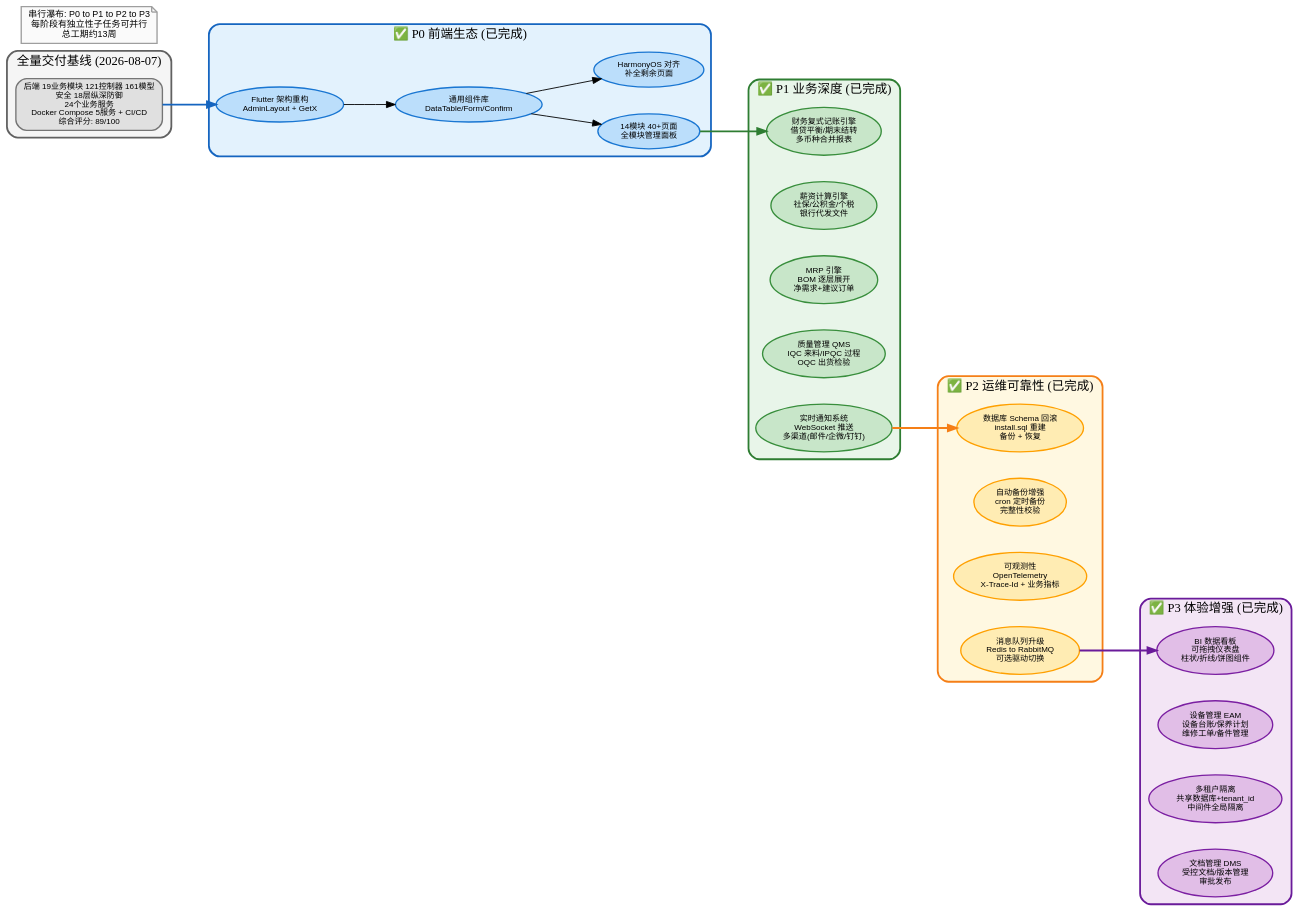
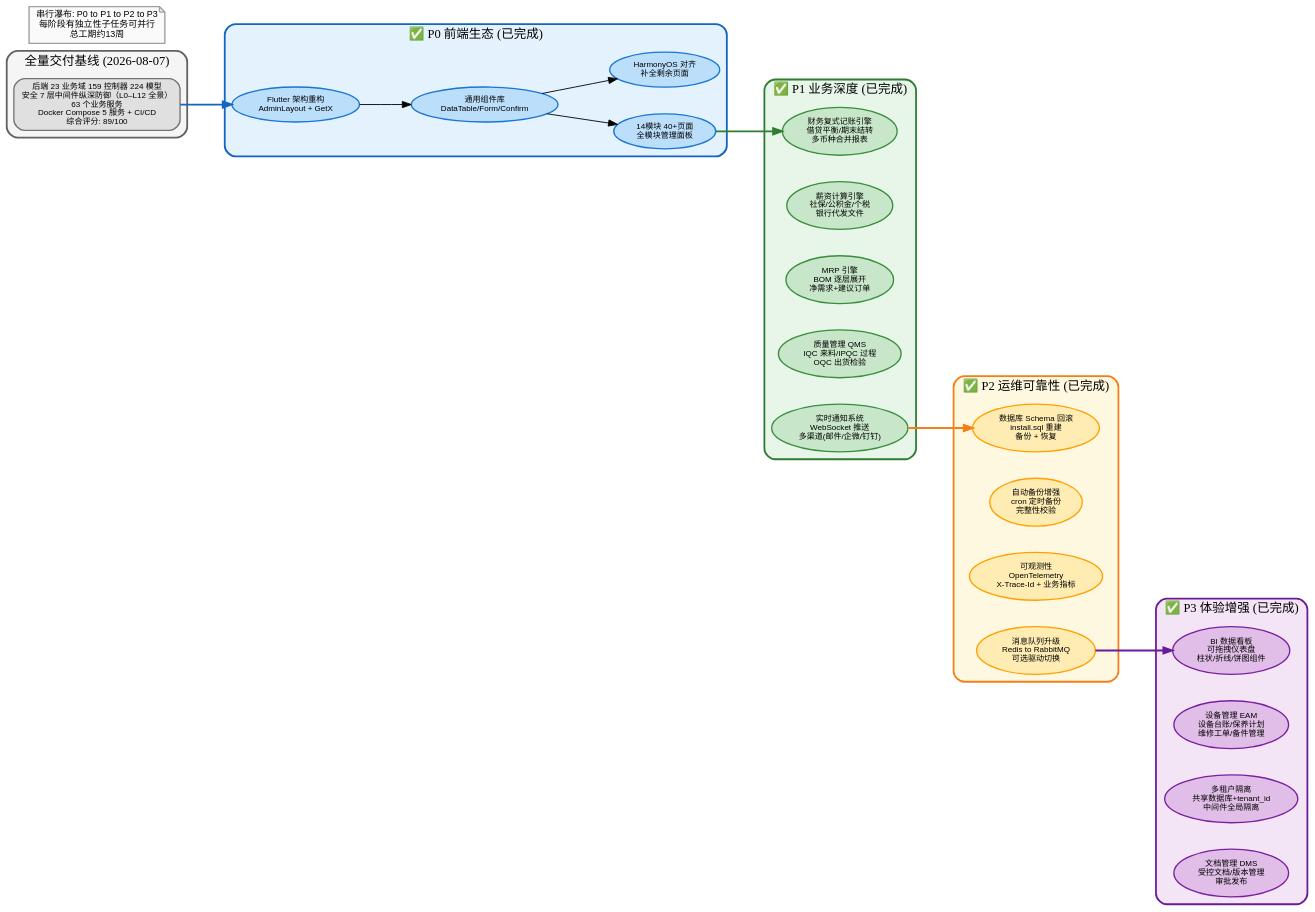
Before and after one commit to erikwang2013/erp-php: the diagram in docs/diagrams/roadmap-phases-cn.dot, drawn with Graphviz. The commit also changed 325 other files, not shown here.

```diff
--- a/docs/diagrams/roadmap-phases-cn.dot
+++ b/docs/diagrams/roadmap-phases-cn.dot
@@ -1,72 +1,72 @@
 digraph RoadmapPhasesCN {
     rankdir=LR;
     fontname="Arial";
     fontsize=14;
     bgcolor="transparent";
     nodesep=0.4;
     ranksep=0.8;
     compound=true;
 
     node [fontname="Arial", fontsize=10, style="filled,rounded", penwidth=1.5];
 
     subgraph cluster_p0 {
         label="✅ P0 前端生态 (已完成)";
         fontsize=14; fontname="Arial Bold";
         style="filled,rounded"; fillcolor="#e3f2fd"; color="#1565c0"; penwidth=2;
         node [fillcolor="#bbdefb", color="#1976d2", fontsize=9];
         p0a [label="Flutter 架构重构\nAdminLayout + GetX"];
         p0b [label="通用组件库\nDataTable/Form/Confirm"];
         p0c [label="14模块 40+页面\n全模块管理面板"];
         p0d [label="HarmonyOS 对齐\n补全剩余页面"];
         p0a -> p0b -> p0c; p0b -> p0d;
     }
 
     subgraph cluster_p1 {
         label="✅ P1 业务深度 (已完成)";
         fontsize=14; fontname="Arial Bold";
         style="filled,rounded"; fillcolor="#e8f5e9"; color="#2e7d32"; penwidth=2;
         node [fillcolor="#c8e6c9", color="#388e3c", fontsize=9];
         p1a [label="财务复式记账引擎\n借贷平衡/期末结转\n多币种合并报表"];
         p1b [label="薪资计算引擎\n社保/公积金/个税\n银行代发文件"];
         p1c [label="MRP 引擎\nBOM 逐层展开\n净需求+建议订单"];
         p1d [label="质量管理 QMS\nIQC 来料/IPQC 过程\nOQC 出货检验"];
         p1e [label="实时通知系统\nWebSocket 推送\n多渠道(邮件/企微/钉钉)"];
     }
 
     subgraph cluster_p2 {
         label="✅ P2 运维可靠性 (已完成)";
         fontsize=14; fontname="Arial Bold";
         style="filled,rounded"; fillcolor="#fff8e1"; color="#f57f17"; penwidth=2;
         node [fillcolor="#ffecb3", color="#ffa000", fontsize=9];
         p2a [label="数据库 Schema 回滚\ninstall.sql 重建\n备份 + 恢复"];
         p2b [label="自动备份增强\ncron 定时备份\n完整性校验"];
         p2c [label="可观测性\nOpenTelemetry\nX-Trace-Id + 业务指标"];
         p2d [label="消息队列升级\nRedis to RabbitMQ\n可选驱动切换"];
     }
 
     subgraph cluster_p3 {
         label="✅ P3 体验增强 (已完成)";
         fontsize=14; fontname="Arial Bold";
         style="filled,rounded"; fillcolor="#f3e5f5"; color="#6a1b9a"; penwidth=2;
         node [fillcolor="#e1bee7", color="#7b1fa2", fontsize=9];
         p3a [label="BI 数据看板\n可拖拽仪表盘\n柱状/折线/饼图组件"];
         p3b [label="设备管理 EAM\n设备台账/保养计划\n维修工单/备件管理"];
         p3c [label="多租户隔离\n共享数据库+tenant_id\n中间件全局隔离"];
         p3d [label="文档管理 DMS\n受控文档/版本管理\n审批发布"];
     }
 
     subgraph cluster_current {
         label="全量交付基线 (2026-08-07)";
         fontsize=14; fontname="Arial Bold";
         style="filled,rounded"; fillcolor="#f5f5f5"; color="#616161"; penwidth=2;
         node [fillcolor="#e0e0e0", color="#757575", fontsize=9, shape="box"];
-        cur [label="后端 19业务模块 121控制器 161模型\n安全 18层纵深防御\n24个业务服务\nDocker Compose 5服务 + CI/CD\n综合评分: 89/100"];
+        cur [label="后端 23 业务域 159 控制器 224 模型\n安全 7 层中间件纵深防御（L0–L12 全景）\n63 个业务服务\nDocker Compose 5 服务 + CI/CD\n综合评分: 89/100"];
     }
 
     cur -> p0a [color="#1565c0", penwidth=2];
     p0c -> p1a [color="#2e7d32", penwidth=2];
     p1e -> p2a [color="#f57f17", penwidth=2];
     p2d -> p3a [color="#6a1b9a", penwidth=2];
 
     legend [label="串行瀑布: P0 to P1 to P2 to P3\n每阶段有独立性子任务可并行\n总工期约13周", shape="note", fillcolor="#fafafa", color="#9e9e9e", fontsize=10];
 }
```
